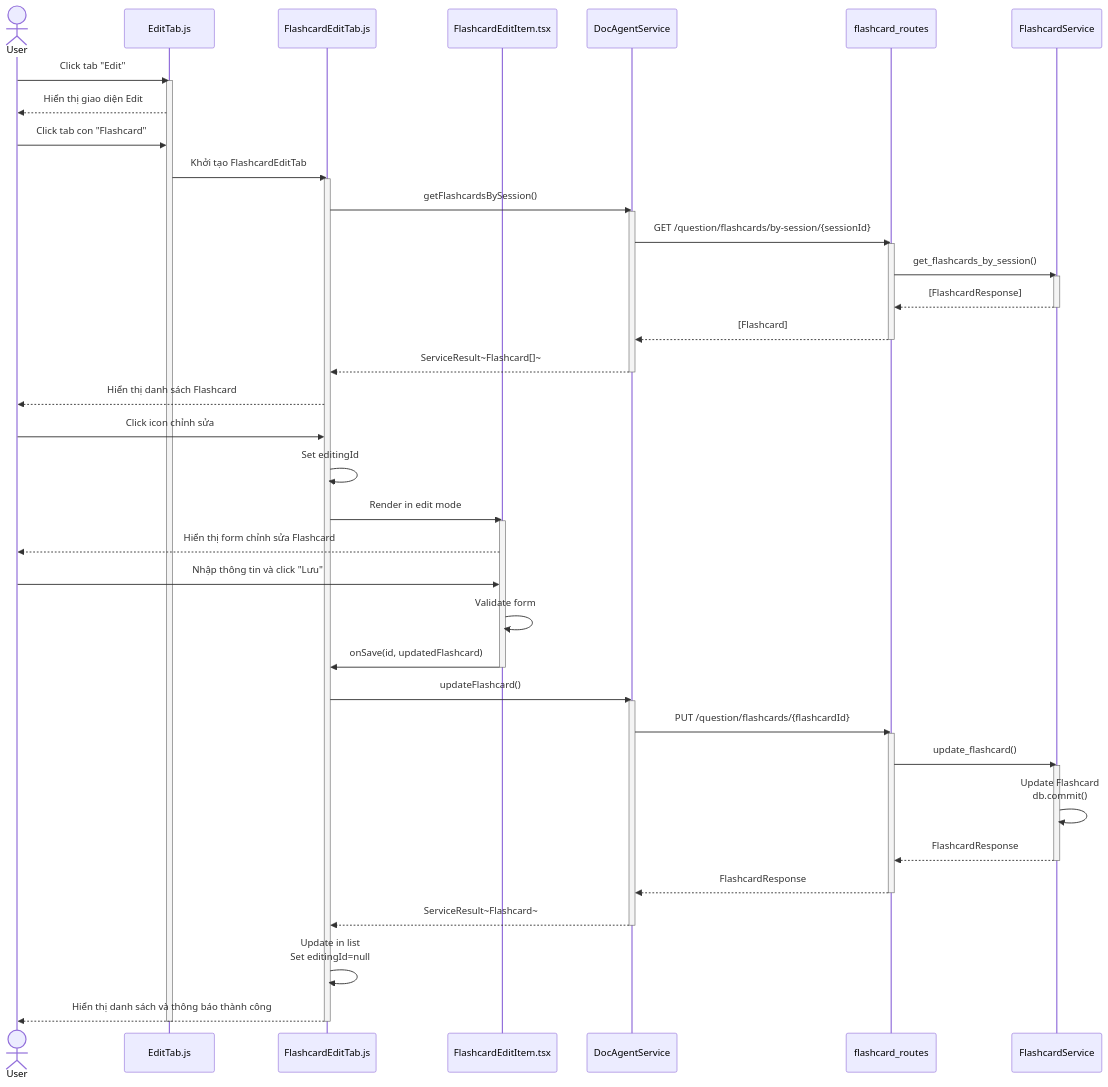
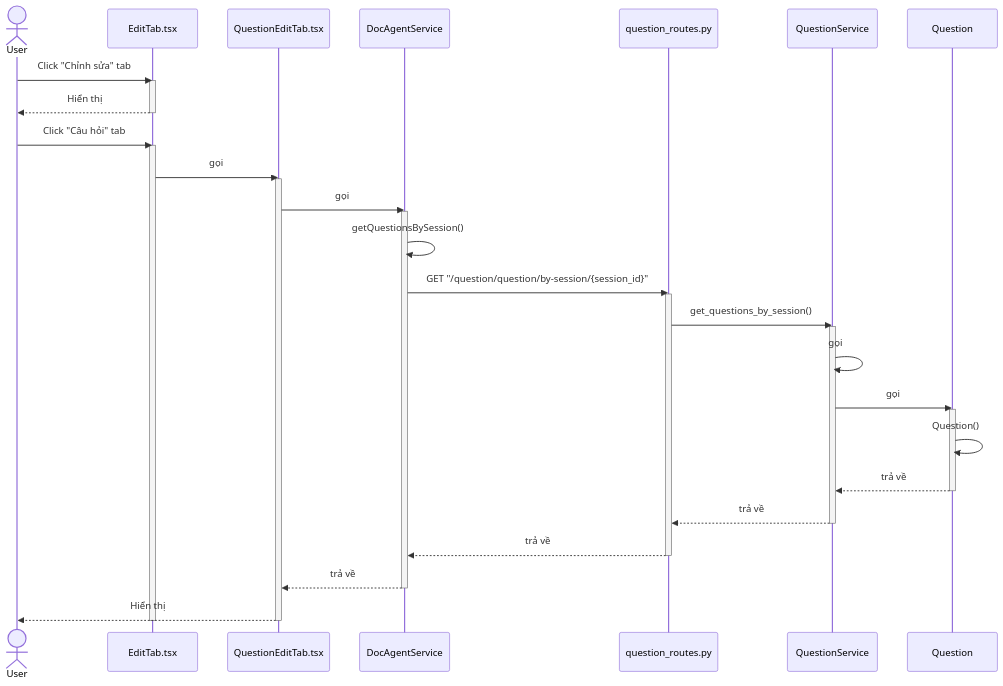
One commit to mduc-2610/gp_doc changed the eighth of 10 diagrams in question/4_question_management_seq.md. Above: the diagram before and after it, drawn with Mermaid. The commit also changed other lines of this file and 34 other files, not shown here.

````diff
--- a/question/4_question_management_seq.md
+++ b/question/4_question_management_seq.md
@@ -343,69 +412,52 @@
 ```mermaid
 sequenceDiagram
     actor User
-    participant EditTab as EditTab.js
-    participant FlashcardEditTab as FlashcardEditTab.js
-    participant FlashcardEditItem as FlashcardEditItem.tsx
+    participant EditTab as EditTab.tsx
+    participant QuestionEditTab as QuestionEditTab.tsx
     participant DocAgentService as DocAgentService
-    participant FlashcardRoutes as flashcard_routes
-    participant FlashcardService as FlashcardService
+    participant QuestionRoutes as question_routes.py
+    participant QuestionService as QuestionService
+    participant Question as Question
 
-    User->>EditTab: Click tab "Edit"
+    User->>EditTab: Click "Chỉnh sửa" tab
     activate EditTab
-    EditTab-->>User: Hiển thị giao diện Edit
+    EditTab-->>User: Hiển thị
+    deactivate EditTab
     
-    User->>EditTab: Click tab con "Flashcard"
-    EditTab->>FlashcardEditTab: Khởi tạo FlashcardEditTab
-    activate FlashcardEditTab
+    User->>EditTab: Click "Câu hỏi" tab
+    activate EditTab
     
-    FlashcardEditTab->>DocAgentService: getFlashcardsBySession()
+    EditTab->>QuestionEditTab: gọi
+    activate QuestionEditTab
+    
+    QuestionEditTab->>DocAgentService: gọi
     activate DocAgentService
-    DocAgentService->>FlashcardRoutes: GET /question/flashcards/by-session/{sessionId}
-    activate FlashcardRoutes
-    FlashcardRoutes->>FlashcardService: get_flashcards_by_session()
-    activate FlashcardService
-    FlashcardService-->>FlashcardRoutes: [FlashcardResponse]
-    deactivate FlashcardService
-    FlashcardRoutes-->>DocAgentService: [Flashcard]
-    deactivate FlashcardRoutes
-    DocAgentService-->>FlashcardEditTab: ServiceResult~Flashcard[]~
+    
+    DocAgentService->>DocAgentService: getQuestionsBySession()
+    DocAgentService->>QuestionRoutes: GET "/question/question/by-session/{session_id}"
+    activate QuestionRoutes
+    
+    QuestionRoutes->>QuestionService: get_questions_by_session()
+    activate QuestionService
+    
+    QuestionService->>QuestionService: gọi
+    QuestionService->>Question: gọi
+    activate Question
+    
+    Question->>Question: Question()
+    Question-->>QuestionService: trả về
+    deactivate Question
+    
+    QuestionService-->>QuestionRoutes: trả về
+    deactivate QuestionService
+    
+    QuestionRoutes-->>DocAgentService: trả về
+    deactivate QuestionRoutes
+    
+    DocAgentService-->>QuestionEditTab: trả về
     deactivate DocAgentService
     
-    FlashcardEditTab-->>User: Hiển thị danh sách Flashcard
-    
-    User->>FlashcardEditTab: Click icon chỉnh sửa
-    FlashcardEditTab->>FlashcardEditTab: Set editingId
-    FlashcardEditTab->>FlashcardEditItem: Render in edit mode
-    activate FlashcardEditItem
-    FlashcardEditItem-->>User: Hiển thị form chỉnh sửa Flashcard
-    
-    User->>FlashcardEditItem: Nhập thông tin và click "Lưu"
-    FlashcardEditItem->>FlashcardEditItem: Validate form
-    FlashcardEditItem->>FlashcardEditTab: onSave(id, updatedFlashcard)
-    deactivate FlashcardEditItem
-    
-    FlashcardEditTab->>DocAgentService: updateFlashcard()
-    activate DocAgentService
-    
-    DocAgentService->>FlashcardRoutes: PUT /question/flashcards/{flashcardId}
-    activate FlashcardRoutes
-    
-    FlashcardRoutes->>FlashcardService: update_flashcard()
-    activate FlashcardService
-    
-    FlashcardService->>FlashcardService: Update Flashcard<br/>db.commit()
-    
-    FlashcardService-->>FlashcardRoutes: FlashcardResponse
-    deactivate FlashcardService
-    
-    FlashcardRoutes-->>DocAgentService: FlashcardResponse
-    deactivate FlashcardRoutes
-    
-    DocAgentService-->>FlashcardEditTab: ServiceResult~Flashcard~
-    deactivate DocAgentService
-    
-    FlashcardEditTab->>FlashcardEditTab: Update in list<br/>Set editingId=null
-    FlashcardEditTab-->>User: Hiển thị danh sách và thông báo thành công
-    deactivate FlashcardEditTab
+    QuestionEditTab-->>User: Hiển thị
+    deactivate QuestionEditTab
     deactivate EditTab
 ```
````
